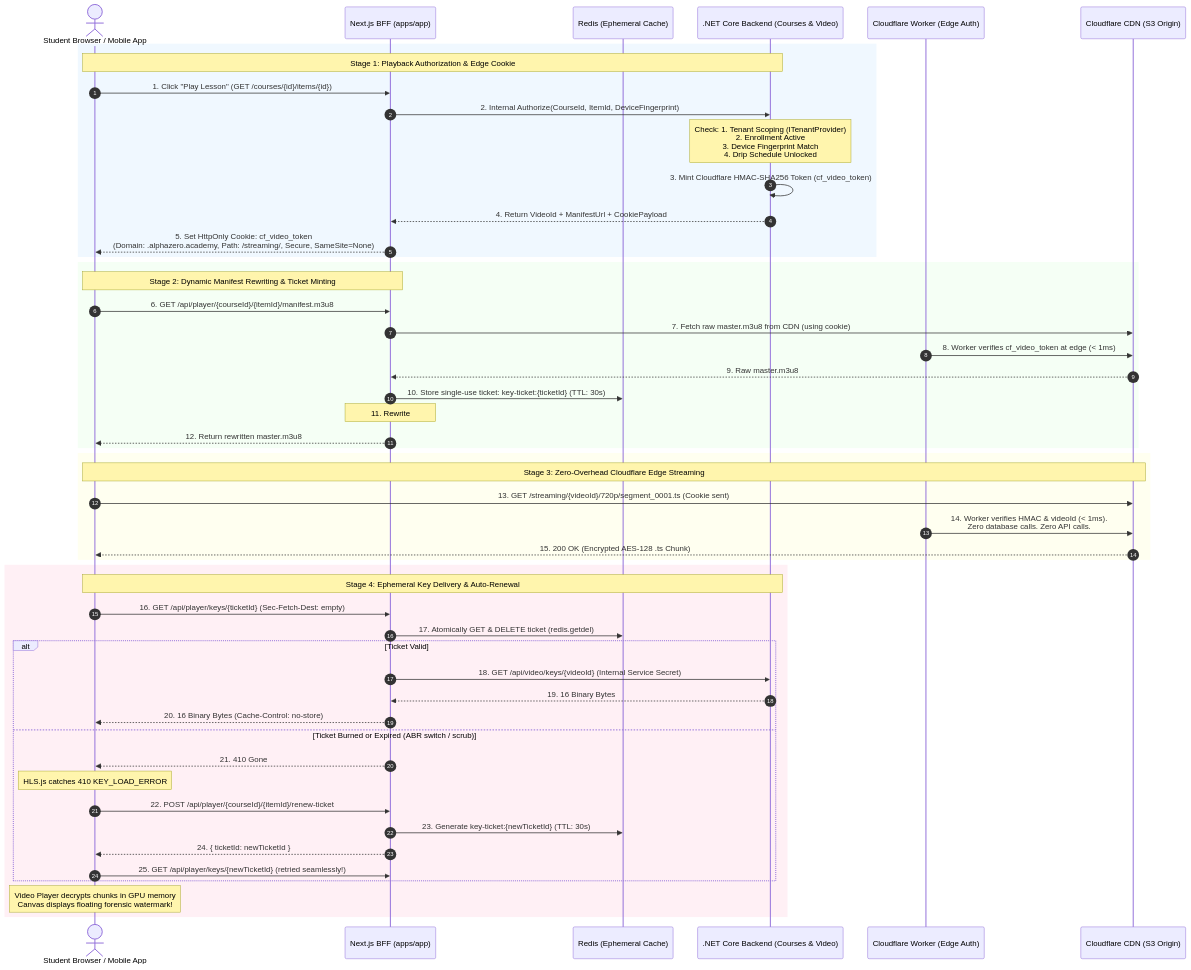
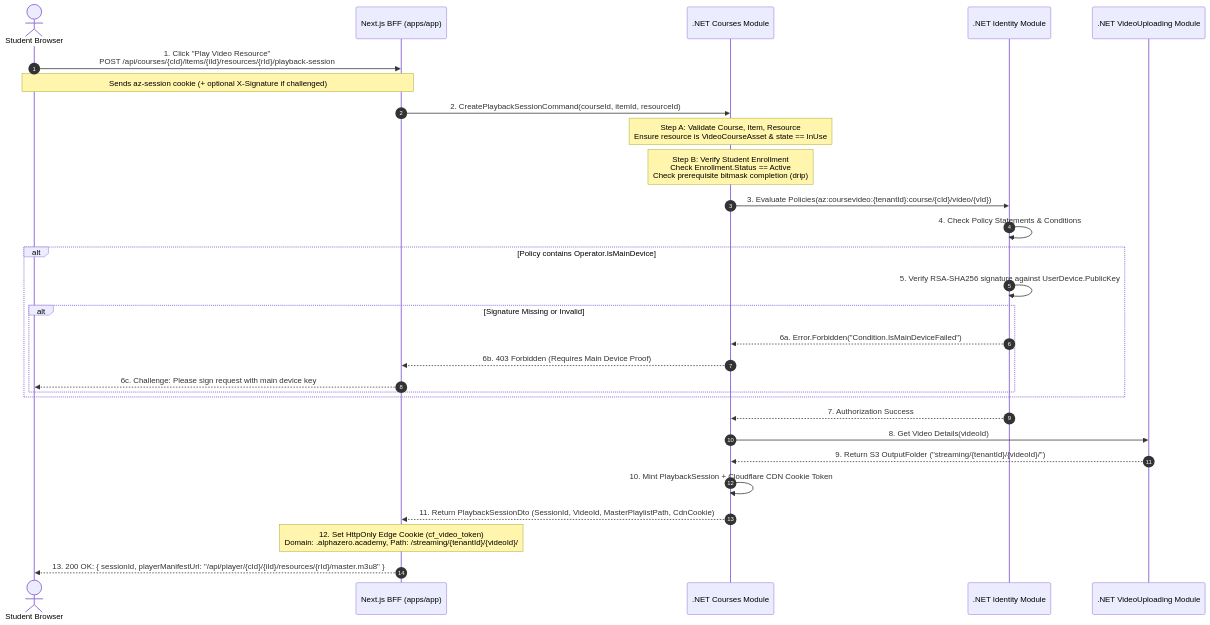
Before and after one commit to Azero77/alpha-zero: the second of 9 diagrams in plans/video-security-architecture.md, drawn with Mermaid. The commit also changed other lines of this file and 6007 other files, not shown here.

````diff
--- a/plans/video-security-architecture.md
+++ b/plans/video-security-architecture.md
@@ -32,61 +135,44 @@
 ```mermaid
 sequenceDiagram
     autonumber
-    actor Student as Student Browser / Mobile App
+    actor Student as Student Browser
     participant BFF as Next.js BFF (apps/app)
-    participant Redis as Redis (Ephemeral Cache)
-    participant API as .NET Core Backend (Courses & Video)
-    participant Worker as Cloudflare Worker (Edge Auth)
-    participant CDN as Cloudflare CDN (S3 Origin)
+    participant API as .NET Courses Module
+    participant Identity as .NET Identity Module
+    participant VideoMod as .NET VideoUploading Module
 
-    %% PHASE 1: AUTHORIZATION & PLAYBACK COOKIE
-    rect rgb(240, 248, 255)
-    Note over Student, API: Stage 1: Playback Authorization & Edge Cookie
-    Student->>BFF: 1. Click "Play Lesson" (GET /courses/{id}/items/{id})
-    BFF->>API: 2. Internal Authorize(CourseId, ItemId, DeviceFingerprint)
-    Note over API: Check: 1. Tenant Scoping (ITenantProvider)<br/>2. Enrollment Active<br/>3. Device Fingerprint Match<br/>4. Drip Schedule Unlocked
-    API->>API: 3. Mint Cloudflare HMAC-SHA256 Token (cf_video_token)
-    API-->>BFF: 4. Return VideoId + ManifestUrl + CookiePayload
-    BFF-->>Student: 5. Set HttpOnly Cookie: cf_video_token<br/>(Domain: .alphazero.academy, Path: /streaming/, Secure, SameSite=None)
+    Student->>BFF: 1. Click "Play Video Resource"<br/>POST /api/courses/{cId}/items/{iId}/resources/{rId}/playback-session
+    Note over Student, BFF: Sends az-session cookie (+ optional X-Signature if challenged)
+    BFF->>API: 2. CreatePlaybackSessionCommand(courseId, itemId, resourceId)
+    
+    %% Step 1: Aggregate Validation
+    Note over API: Step A: Validate Course, Item, Resource<br/>Ensure resource is VideoCourseAsset & state == InUse
+    
+    %% Step 2: Enrollment & Drip
+    Note over API: Step B: Verify Student Enrollment<br/>Check Enrollment.Status == Active<br/>Check prerequisite bitmask completion (drip)
+    
+    %% Step 3: Identity Policy Evaluation
+    API->>Identity: 3. Evaluate Policies(az:coursevideo:{tenantId}:course/{cId}/video/{vId})
+    Identity->>Identity: 4. Check Policy Statements & Conditions
+    
+    alt Policy contains Operator.IsMainDevice
+        Identity->>Identity: 5. Verify RSA-SHA256 signature against UserDevice.PublicKey
+        alt Signature Missing or Invalid
+            Identity-->>API: 6a. Error.Forbidden("Condition.IsMainDeviceFailed")
+            API-->>BFF: 6b. 403 Forbidden (Requires Main Device Proof)
+            BFF-->>Student: 6c. Challenge: Please sign request with main device key
+        end
     end
-
-    %% PHASE 2: DYNAMIC MANIFEST REWRITING
-    rect rgb(245, 255, 245)
-    Note over Student, BFF: Stage 2: Dynamic Manifest Rewriting & Ticket Minting
-    Student->>BFF: 6. GET /api/player/{courseId}/{itemId}/manifest.m3u8
-    BFF->>CDN: 7. Fetch raw master.m3u8 from CDN (using cookie)
-    Worker->>CDN: 8. Worker verifies cf_video_token at edge (< 1ms)
-    CDN-->>BFF: 9. Raw master.m3u8
-    BFF->>Redis: 10. Store single-use ticket: key-ticket:{ticketId} (TTL: 30s)
-    Note over BFF: 11. Rewrite #EXT-X-KEY line:<br/>URI="/api/player/keys/{ticketId}"
-    BFF-->>Student: 12. Return rewritten master.m3u8
-    end
-
-    %% PHASE 3: EDGE MEDIA STREAMING
-    rect rgb(255, 255, 240)
-    Note over Student, CDN: Stage 3: Zero-Overhead Cloudflare Edge Streaming
-    Student->>CDN: 13. GET /streaming/{videoId}/720p/segment_0001.ts (Cookie sent)
-    Worker->>CDN: 14. Worker verifies HMAC & videoId (< 1ms).<br/>Zero database calls. Zero API calls.
-    CDN-->>Student: 15. 200 OK (Encrypted AES-128 .ts Chunk)
-    end
-
-    %% PHASE 4: BURN-AFTER-READING KEY EXCHANGE & RESILIENT RENEWAL
-    rect rgb(255, 240, 245)
-    Note over Student, API: Stage 4: Ephemeral Key Delivery & Auto-Renewal
-    Student->>BFF: 16. GET /api/player/keys/{ticketId} (Sec-Fetch-Dest: empty)
-    BFF->>Redis: 17. Atomically GET & DELETE ticket (redis.getdel)
-    alt Ticket Valid
-        BFF->>API: 18. GET /api/video/keys/{videoId} (Internal Service Secret)
-        API-->>BFF: 19. 16 Binary Bytes
-        BFF-->>Student: 20. 16 Binary Bytes (Cache-Control: no-store)
-    else Ticket Burned or Expired (ABR switch / scrub)
-        BFF-->>Student: 21. 410 Gone
-        Note over Student: HLS.js catches 410 KEY_LOAD_ERROR
-        Student->>BFF: 22. POST /api/player/{courseId}/{itemId}/renew-ticket
-        BFF->>Redis: 23. Generate key-ticket:{newTicketId} (TTL: 30s)
-        BFF-->>Student: 24. { ticketId: newTicketId }
-        Student->>BFF: 25. GET /api/player/keys/{newTicketId} (retried seamlessly!)
-    end
-    Note over Student: Video Player decrypts chunks in GPU memory<br/>Canvas displays floating forensic watermark!
-    end
+    
+    Identity-->>API: 7. Authorization Success
+    
+    %% Step 4: Resolve Streaming Coordinates & Mint Capability
+    API->>VideoMod: 8. Get Video Details(videoId)
+    VideoMod-->>API: 9. Return S3 OutputFolder ("streaming/{tenantId}/{videoId}/")
+    
+    API->>API: 10. Mint PlaybackSession + Cloudflare CDN Cookie Token
+    API-->>BFF: 11. Return PlaybackSessionDto (SessionId, VideoId, MasterPlaylistPath, CdnCookie)
+    
+    Note over BFF: 12. Set HttpOnly Edge Cookie (cf_video_token)<br/>Domain: .alphazero.academy, Path: /streaming/{tenantId}/{videoId}/
+    BFF-->>Student: 13. 200 OK: { sessionId, playerManifestUrl: "/api/player/{cId}/{iId}/resources/{rId}/master.m3u8" }
 ```
````
